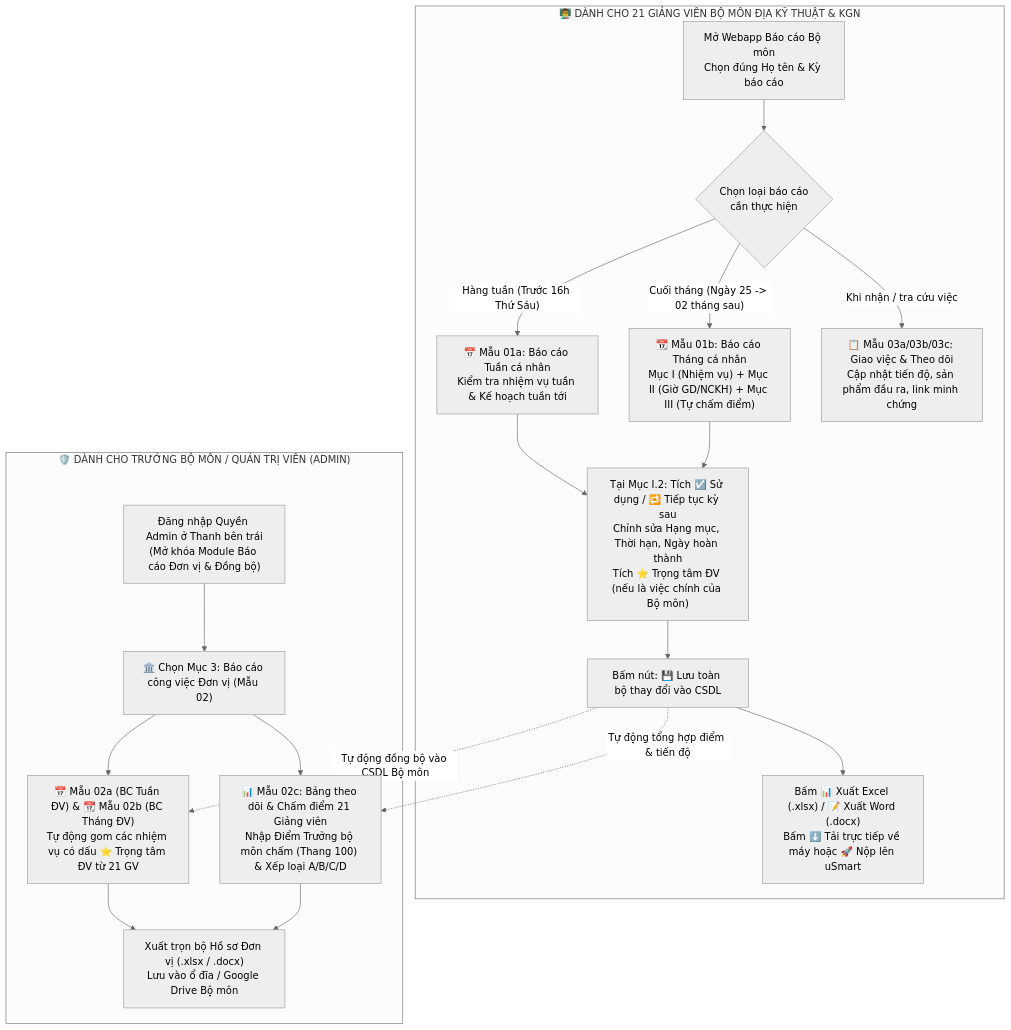
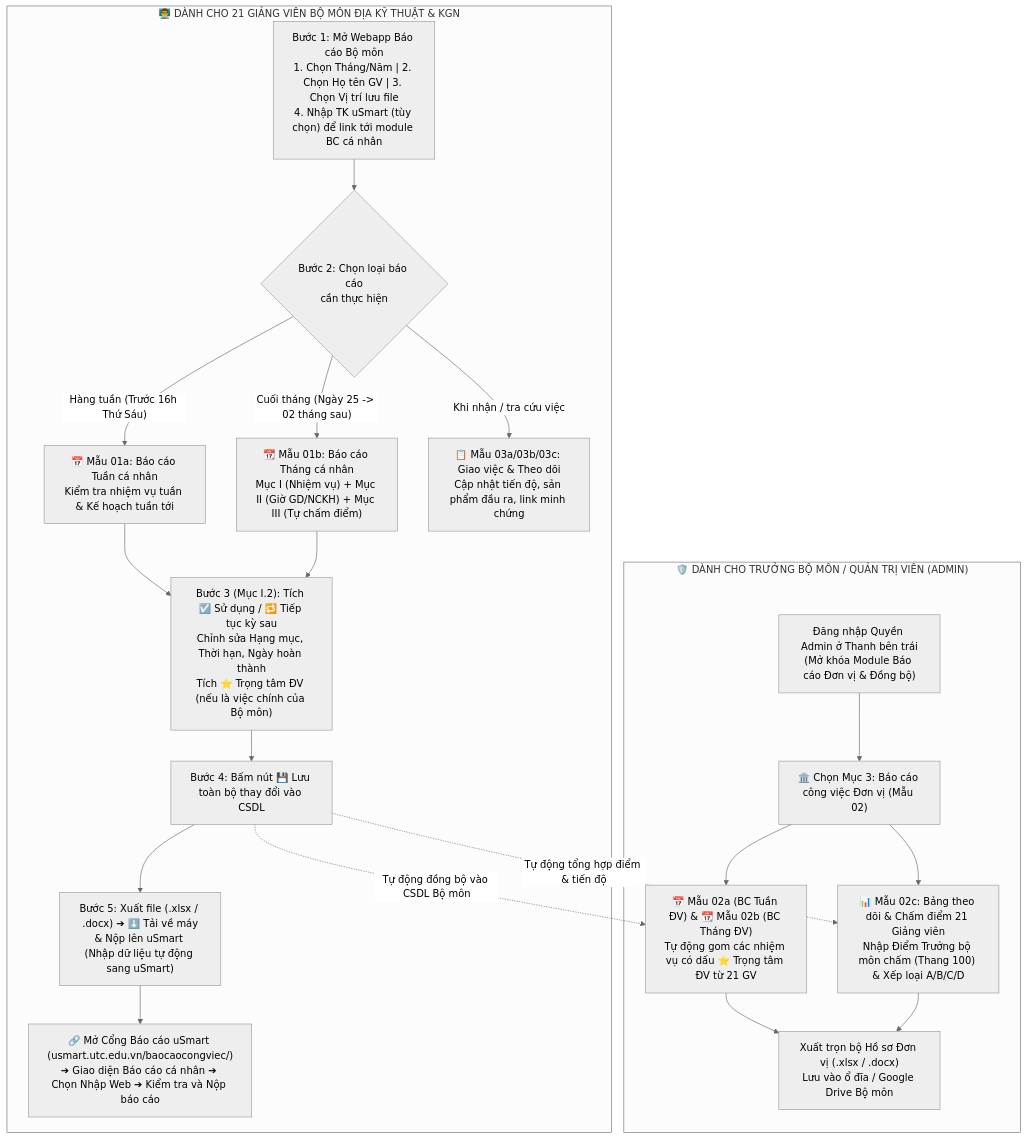
The third of 4 diagrams in HUONG_DAN_SU_DUNG_BO_MON_DKT.md (quocdungnguyen0810-ux/baocao-bomon-dkt-kgn), drawn with Mermaid (neutral theme) before and after one commit. The commit also changed other lines of this file and 1 other file, not shown here.

Commit message:
docs(roadmap): bo sung Buoc 1 muc 4 TK uSmart va Buoc 5 luong nop uSmart (Mo Cong -> BC ca nhan -> Nhap Web -> Kiem tra & Nop)

````diff
--- a/HUONG_DAN_SU_DUNG_BO_MON_DKT.md
+++ b/HUONG_DAN_SU_DUNG_BO_MON_DKT.md
@@ -25,25 +42,26 @@
 ```mermaid
 flowchart TD
     subgraph GV["👨‍🏫 DÀNH CHO 21 GIẢNG VIÊN BỘ MÔN ĐỊA KỸ THUẬT & KGN"]
-        A1["Mở Webapp Báo cáo Bộ môn<br/>Chọn đúng Họ tên & Kỳ báo cáo"] --> A2{"Chọn loại báo cáo<br/>cần thực hiện"}
+        A1["Bước 1: Mở Webapp Báo cáo Bộ môn<br/>1. Chọn Tháng/Năm | 2. Chọn Họ tên GV | 3. Chọn Vị trí lưu file<br/>4. Nhập TK uSmart (tùy chọn) để link tới module BC cá nhân"] --> A2{"Bước 2: Chọn loại báo cáo<br/>cần thực hiện"}
         A2 -->|"Hàng tuần (Trước 16h Thứ Sáu)"| A3["📅 Mẫu 01a: Báo cáo Tuần cá nhân<br/>Kiểm tra nhiệm vụ tuần & Kế hoạch tuần tới"]
         A2 -->|"Cuối tháng (Ngày 25 -> 02 tháng sau)"| A4["📆 Mẫu 01b: Báo cáo Tháng cá nhân<br/>Mục I (Nhiệm vụ) + Mục II (Giờ GD/NCKH) + Mục III (Tự chấm điểm)"]
         A2 -->|"Khi nhận / tra cứu việc"| A5["📋 Mẫu 03a/03b/03c: Giao việc & Theo dõi<br/>Cập nhật tiến độ, sản phẩm đầu ra, link minh chứng"]
 
-        A3 --> A6["Tại Mục I.2: Tích ☑️ Sử dụng / 🔁 Tiếp tục kỳ sau<br/>Chỉnh sửa Hạng mục, Thời hạn, Ngày hoàn thành<br/>Tích ⭐ Trọng tâm ĐV (nếu là việc chính của Bộ môn)"]
+        A3 --> A6["Bước 3 (Mục I.2): Tích ☑️ Sử dụng / 🔁 Tiếp tục kỳ sau<br/>Chỉnh sửa Hạng mục, Thời hạn, Ngày hoàn thành<br/>Tích ⭐ Trọng tâm ĐV (nếu là việc chính của Bộ môn)"]
         A4 --> A6
-        A6 --> A7["Bấm nút: 💾 Lưu toàn bộ thay đổi vào CSDL"]
-        A7 --> A8["Bấm 📊 Xuất Excel (.xlsx) / 📝 Xuất Word (.docx)<br/>Bấm ⬇️ Tải trực tiếp về máy hoặc 🚀 Nộp lên uSmart"]
+        A6 --> A7["Bước 4: Bấm nút 💾 Lưu toàn bộ thay đổi vào CSDL"]
+        A7 --> A8["Bước 5: Xuất file (.xlsx / .docx) ➔ ⬇️ Tải về máy<br/>& Nộp lên uSmart (Nhập dữ liệu tự động sang uSmart)"]
+        A8 --> A9["🔗 Mở Cổng Báo cáo uSmart (usmart.utc.edu.vn/baocaocongviec/)<br/>➔ Giao diện Báo cáo cá nhân ➔ Chọn Nhập Web ➔ Kiểm tra và Nộp báo cáo"]
     end
 
     subgraph ADMIN["🛡️ DÀNH CHO TRƯỞNG BỘ MÔN / QUẢN TRỊ VIÊN (ADMIN)"]
         B1["Đăng nhập Quyền Admin ở Thanh bên trái<br/>(Mở khóa Module Báo cáo Đơn vị & Đồng bộ)"] --> B2["🏛️ Chọn Mục 3: Báo cáo công việc Đơn vị (Mẫu 02)"]
         B2 --> B3["📅 Mẫu 02a (BC Tuần ĐV) & 📆 Mẫu 02b (BC Tháng ĐV)<br/>Tự động gom các nhiệm vụ có dấu ⭐ Trọng tâm ĐV từ 21 GV"]
         B2 --> B4["📊 Mẫu 02c: Bảng theo dõi & Chấm điểm 21 Giảng viên<br/>Nhập Điểm Trưởng bộ môn chấm (Thang 100) & Xếp loại A/B/C/D"]
         B3 --> B5["Xuất trọn bộ Hồ sơ Đơn vị (.xlsx / .docx)<br/>Lưu vào ổ đĩa / Google Drive Bộ môn"]
         B4 --> B5
     end
 
     A7 -.->|"Tự động đồng bộ vào CSDL Bộ môn"| B3
     A7 -.->|"Tự động tổng hợp điểm & tiến độ"| B4
 ```
````
